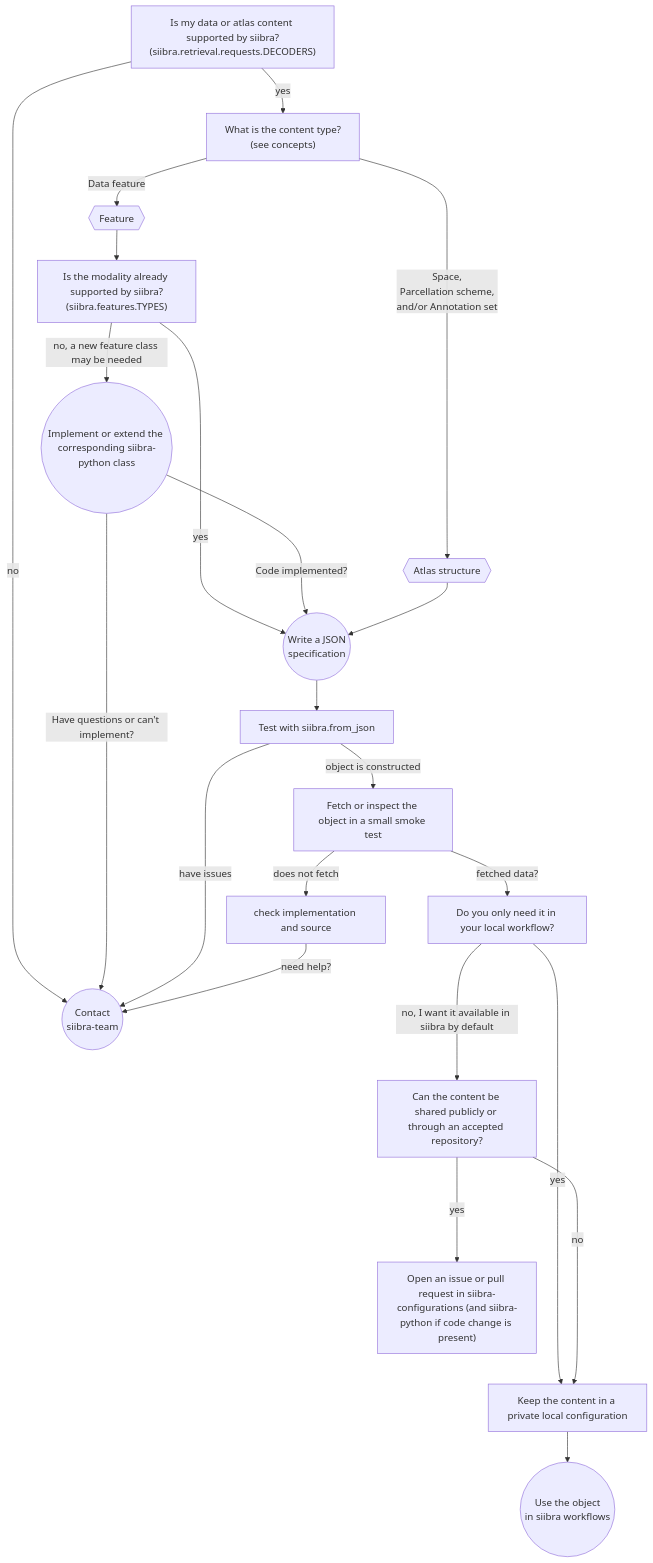
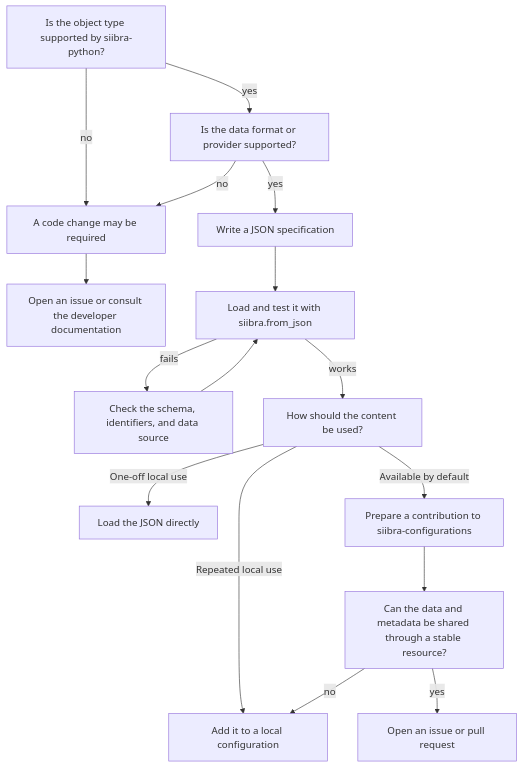
Before and after one commit to FZJ-INM1-BDA/siibra-python: the diagram in docs/create_preconfiguration.md, drawn with Mermaid. The commit also changed other lines of this file, not shown here.

````diff
--- a/docs/create_preconfiguration.md
+++ b/docs/create_preconfiguration.md
@@ -52,30 +21,26 @@
 ```{mermaid}
 flowchart TD
-  start["Is my data or atlas content supported by siibra?<br>(siibra.retrieval.requests.DECODERS)"]
-  start -- "yes" --> contenttype["What is the content type?<br> (see concepts)"]
-  start -- "no" --> contact(("Contact<br>siibra-team"))
-  contenttype -- "Data feature" --> feature{{"Feature"}}
-  contenttype -- "Space,<br>Parcellation scheme,<br> and/or Annotation set" --> atlasstructure{{"Atlas structure"}}
-  feature --> supported["Is the modality already supported by siibra?<br>(siibra.features.TYPES)"]
-  supported -- "yes" --> writejson(("Write a JSON<br>specification"))
-  supported -- "no, a new feature class may be needed" --> codechange(("Implement or extend the corresponding siibra-python class"))
-  codechange -- "Code implemented?" ---> writejson
-  atlasstructure --> writejson
-  codechange -- "Have questions or can't implement?" --> contact
+  supported["Is the object type supported by siibra-python?"]
 
-  writejson --> fromjson["Test with siibra.from_json"]
-  fromjson -- "object is constructed" --> fetchtest["Fetch or inspect the object in a small smoke test"]
-  fromjson -- "have issues" --> contact
-  fetchtest -- "does not fetch" --> check["check implementation and source"] -- "need help?" --> contact
+  supported -- "no" --> code["A code change may be required"]
+  code --> discuss["Open an issue or consult the developer documentation"]
 
-  fetchtest -- "fetched data?" --> local["Do you only need it in your local workflow?"]
+  supported -- "yes" --> provider["Is the data format or provider supported?"]
+  provider -- "no" --> code
+  provider -- "yes" --> write["Write a JSON specification"]
 
-  local -- "yes" --> private["Keep the content in a private local configuration"]
-  private --> workflow(("Use the object<br>in siibra workflows"))
+  write --> test["Load and test it with siibra.from_json"]
 
-  local -- "no, I want it available in siibra by default" ---> public["Can the content be shared publicly or through an accepted repository?"]
+  test -- "fails" --> fix["Check the schema, identifiers, and data source"]
+  fix --> test
 
-  public -- "yes" ---> issue["Open an issue or pull request in siibra-configurations (and siibra-python if code change is present)"]
+  test -- "works" --> reuse["How should the content be used?"]
 
-  public -- "no" ----> private
+  reuse -- "One-off local use" --> direct["Load the JSON directly"]
+  reuse -- "Repeated local use" --> local["Add it to a local configuration"]
+  reuse -- "Available by default" --> public["Prepare a contribution to siibra-configurations"]
+
+  public --> shareable["Can the data and metadata be shared through a stable resource?"]
+  shareable -- "yes" --> contribute["Open an issue or pull request"]
+  shareable -- "no" --> local
 ```
````
